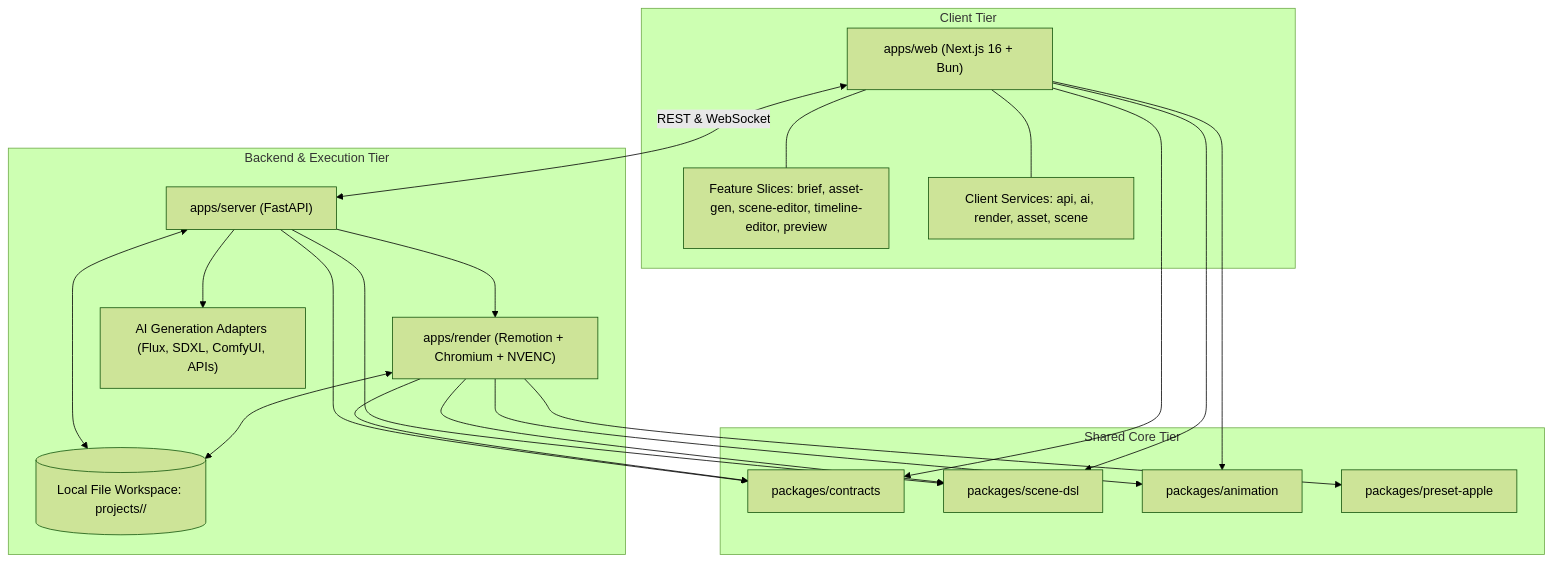
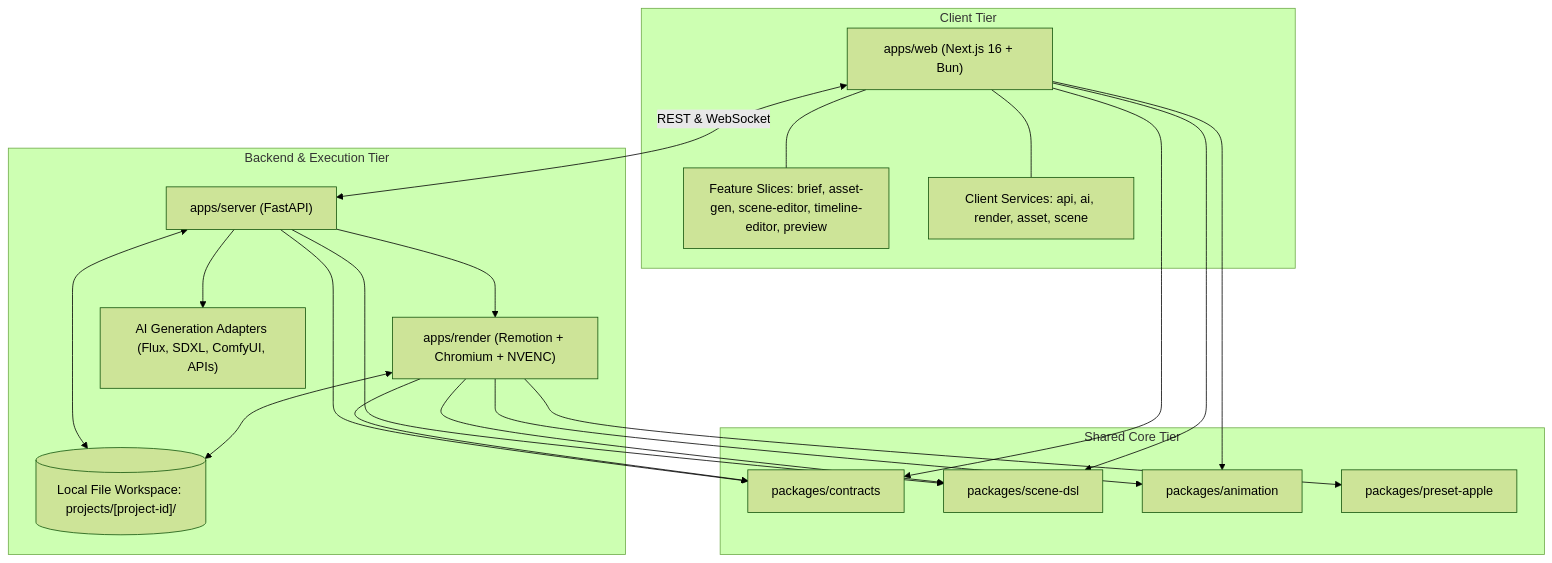
Before and after one commit to hoanglong2206/Video-Tool: the second of 3 diagrams in PROJECT.md, drawn with Mermaid (forest theme). The commit also changed other lines of this file and 8 other files, not shown here.

First line of the commit message:
fix(docs): fix Mermaid diagram syntax errors and unescaped tags

````diff
--- a/PROJECT.md
+++ b/PROJECT.md
@@ -110,40 +110,40 @@
 ```mermaid
 graph TD
-    subgraph Client Tier
+    subgraph ClientTier ["Client Tier"]
         Web["apps/web (Next.js 16 + Bun)"]
         WebFeatures["Feature Slices: brief, asset-gen, scene-editor, timeline-editor, preview"]
         WebServices["Client Services: api, ai, render, asset, scene"]
         Web --- WebFeatures
         Web --- WebServices
     end
 
-    subgraph Backend & Execution Tier
+    subgraph BackendTier ["Backend & Execution Tier"]
         Server["apps/server (FastAPI)"]
-        ProjectsDir[("Local File Workspace: projects/<id>/")]
+        ProjectsDir[("Local File Workspace: projects/[project-id]/")]
         RenderWorker["apps/render (Remotion + Chromium + NVENC)"]
         AI_Bridge["AI Generation Adapters (Flux, SDXL, ComfyUI, APIs)"]
     end
 
-    subgraph Shared Core Tier
+    subgraph SharedCoreTier ["Shared Core Tier"]
         Contracts["packages/contracts"]
         DSL["packages/scene-dsl"]
         Animation["packages/animation"]
         Presets["packages/preset-apple"]
     end
 
     Web --> Contracts
     Web --> DSL
     Web --> Animation
     Server --> Contracts
     Server --> DSL
     RenderWorker --> Contracts
     RenderWorker --> DSL
     RenderWorker --> Animation
     RenderWorker --> Presets
 
     Web <-->|REST & WebSocket| Server
     Server <--> ProjectsDir
     Server --> AI_Bridge
     Server --> RenderWorker
     RenderWorker <--> ProjectsDir
 ```
````
